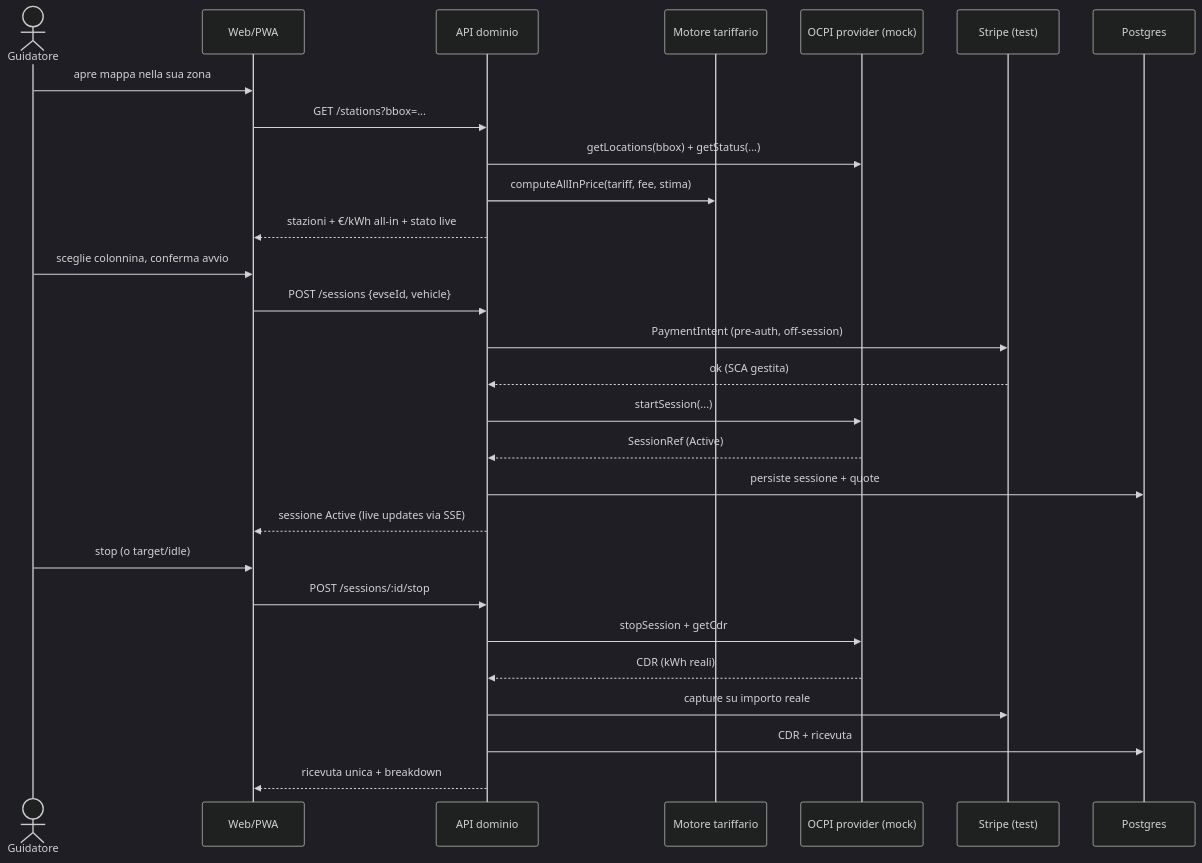
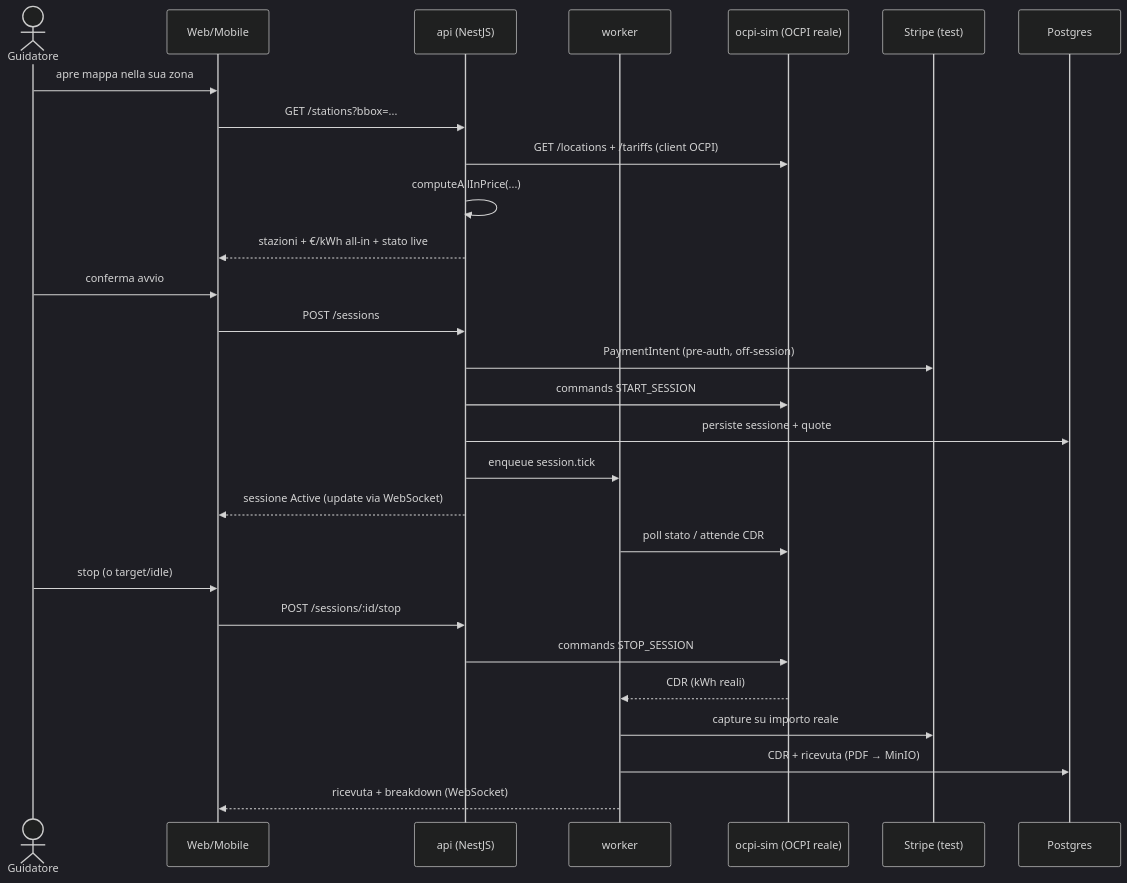
The third of 3 diagrams in ARCHITECTURE.md (GabrieleRuggieri/voltaway), drawn with Mermaid (dark theme) before and after one commit. The commit also changed other lines of this file and 7 other files, not shown here.

````diff
--- a/ARCHITECTURE.md
+++ b/ARCHITECTURE.md
@@ -281,31 +320,31 @@
 ```mermaid
 sequenceDiagram
     actor U as Guidatore
-    participant W as Web/PWA
-    participant API as API dominio
-    participant T as Motore tariffario
-    participant O as OCPI provider (mock)
+    participant W as Web/Mobile
+    participant A as api (NestJS)
+    participant Wk as worker
+    participant O as ocpi-sim (OCPI reale)
     participant S as Stripe (test)
     participant DB as Postgres
 
     U->>W: apre mappa nella sua zona
-    W->>API: GET /stations?bbox=...
-    API->>O: getLocations(bbox) + getStatus(...)
-    API->>T: computeAllInPrice(tariff, fee, stima)
-    API-->>W: stazioni + €/kWh all-in + stato live
-    U->>W: sceglie colonnina, conferma avvio
-    W->>API: POST /sessions {evseId, vehicle}
-    API->>S: PaymentIntent (pre-auth, off-session)
-    S-->>API: ok (SCA gestita)
-    API->>O: startSession(...)
-    O-->>API: SessionRef (Active)
-    API->>DB: persiste sessione + quote
-    API-->>W: sessione Active (live updates via SSE)
+    W->>A: GET /stations?bbox=...
+    A->>O: GET /locations + /tariffs (client OCPI)
+    A->>A: computeAllInPrice(...)
+    A-->>W: stazioni + €/kWh all-in + stato live
+    U->>W: conferma avvio
+    W->>A: POST /sessions
+    A->>S: PaymentIntent (pre-auth, off-session)
+    A->>O: commands START_SESSION
+    A->>DB: persiste sessione + quote
+    A->>Wk: enqueue session.tick
+    A-->>W: sessione Active (update via WebSocket)
+    Wk->>O: poll stato / attende CDR
     U->>W: stop (o target/idle)
-    W->>API: POST /sessions/:id/stop
-    API->>O: stopSession + getCdr
-    O-->>API: CDR (kWh reali)
-    API->>S: capture su importo reale
-    API->>DB: CDR + ricevuta
-    API-->>W: ricevuta unica + breakdown
+    W->>A: POST /sessions/:id/stop
+    A->>O: commands STOP_SESSION
+    O-->>Wk: CDR (kWh reali)
+    Wk->>S: capture su importo reale
+    Wk->>DB: CDR + ricevuta (PDF → MinIO)
+    Wk-->>W: ricevuta + breakdown (WebSocket)
 ```
````
